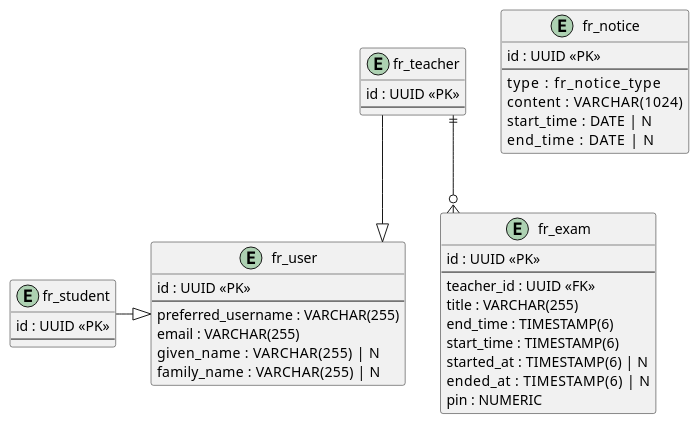
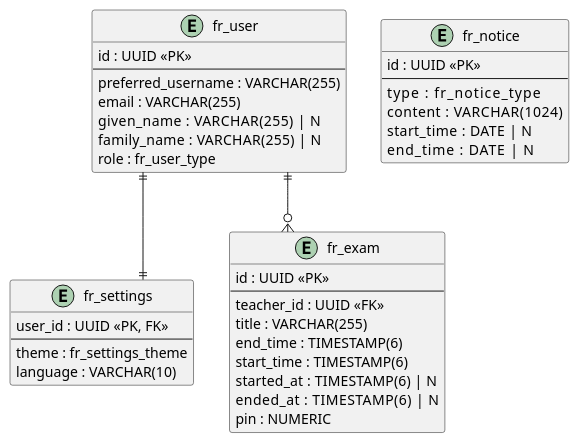
The diagram in hugo/content/en/docs/explanation/server-logistics/schema.puml (2526-4ahitm-itp/2526-4ahitm-franklyn), drawn with PlantUML before and after one commit. The commit also changed 18 other files, not shown here.

```diff
--- a/hugo/content/en/docs/explanation/server-logistics/schema.puml
+++ b/hugo/content/en/docs/explanation/server-logistics/schema.puml
@@ -1,42 +1,40 @@
 @startuml
 skinparam classAttributeIconSize 0
 skinparam linetype ortho
 entity fr_user {
      id : UUID <<PK>>
      --
      preferred_username : VARCHAR(255)
      email : VARCHAR(255)
      given_name : VARCHAR(255)   |  N
      family_name : VARCHAR(255)  |  N
+     role : fr_user_type
 }
-entity fr_teacher {
-    id : UUID <<PK>>
+entity fr_settings {
+    user_id : UUID <<PK, FK>>
     --
+    theme : fr_settings_theme
+    language : VARCHAR(10)
 }
 entity fr_exam {
     id : UUID <<PK>>
     --
     teacher_id : UUID <<FK>>
     title : VARCHAR(255)
     end_time : TIMESTAMP(6)
     start_time : TIMESTAMP(6)
     started_at : TIMESTAMP(6) |  N
     ended_at : TIMESTAMP(6)   |  N
     pin : NUMERIC
 }
-entity fr_student {
-    id : UUID <<PK>>
-    --
-}
 entity fr_notice {
     id : UUID <<PK>>
     --
     type       : fr_notice_type
     content    : VARCHAR(1024)
     start_time : DATE  |  N
     end_time   : DATE  |  N
 }
-fr_teacher ||--o{ fr_exam
-fr_student -|> fr_user
-fr_teacher --|> fr_user
+fr_user ||--|| fr_settings
+fr_user ||--o{ fr_exam
 @enduml
```
